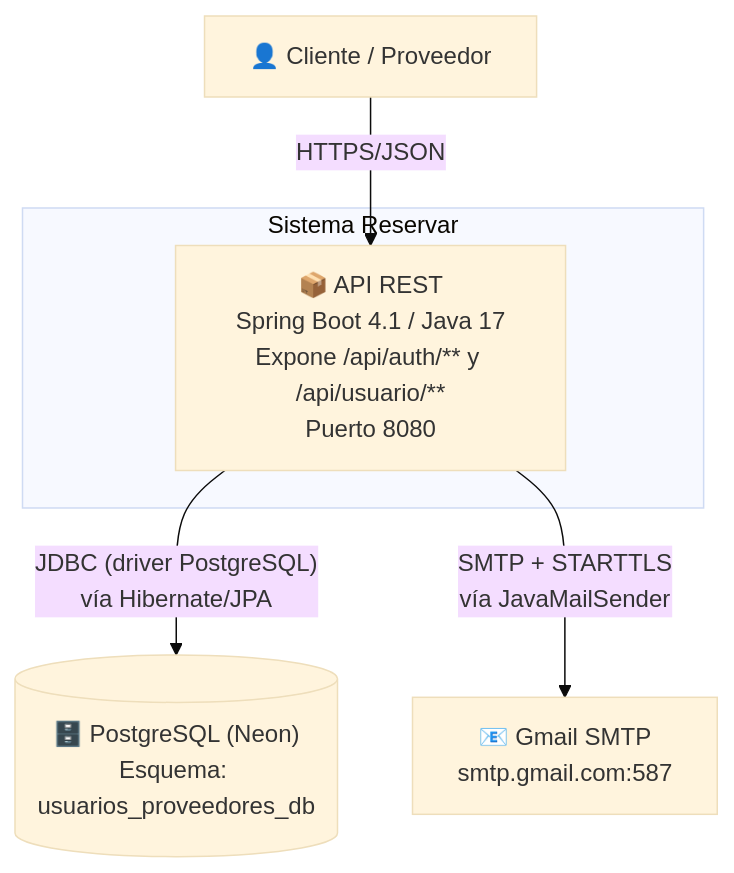
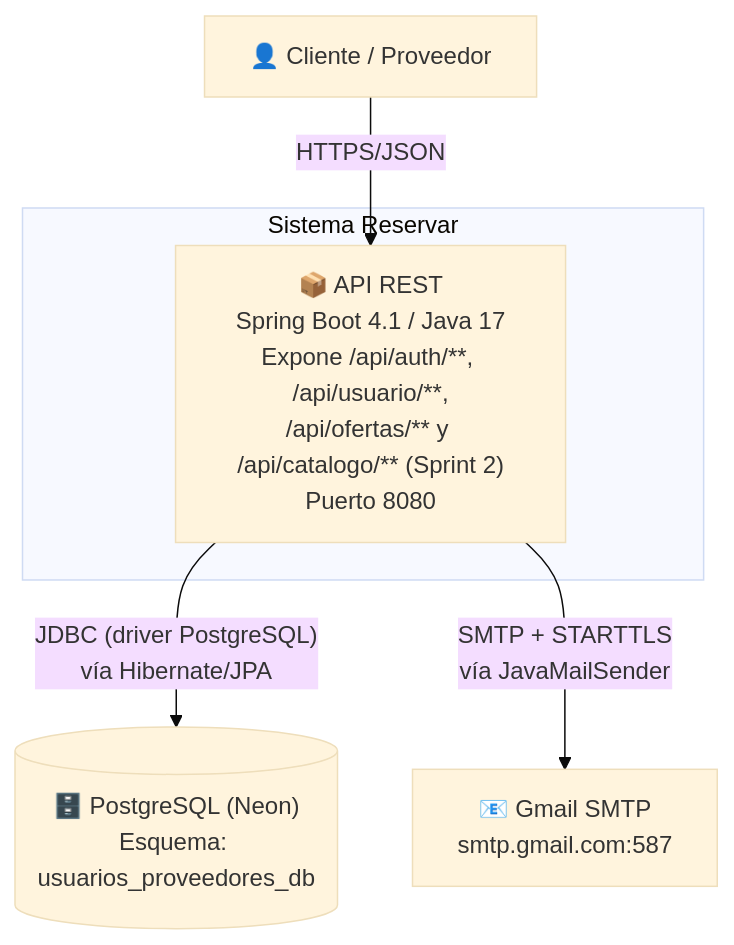
One commit to FabricaEscuela20262-EAV09/FabricaEscuela202602_EAV09 changed the second of 5 diagrams in README.md. Above: the diagram before and after it, drawn with Mermaid (base theme). The commit also changed other lines of this file, not shown here.

First line of the commit message:
Revise README for Sprint 2 updates and features

````diff
--- a/README.md
+++ b/README.md
@@ -57,15 +59,15 @@
 ```mermaid
 graph TD
     Cliente["👤 Cliente / Proveedor"]
-
+ 
     subgraph SistemaReservar["Sistema Reservar"]
-        API["📦 API REST<br/>Spring Boot 4.1 / Java 17<br/>Expone /api/auth/** y /api/usuario/**<br/>Puerto 8080"]
+        API["📦 API REST<br/>Spring Boot 4.1 / Java 17<br/>Expone /api/auth/**, /api/usuario/**,<br/>/api/ofertas/** y /api/catalogo/** (Sprint 2)<br/>Puerto 8080"]
     end
-
+ 
     BD[("🗄️ PostgreSQL (Neon)<br/>Esquema: usuarios_proveedores_db")]
     Correo["📧 Gmail SMTP<br/>smtp.gmail.com:587"]
-
+ 
     Cliente -->|"HTTPS/JSON"| API
     API -->|"JDBC (driver PostgreSQL)<br/>vía Hibernate/JPA"| BD
     API -->|"SMTP + STARTTLS<br/>vía JavaMailSender"| Correo
 ```
````
